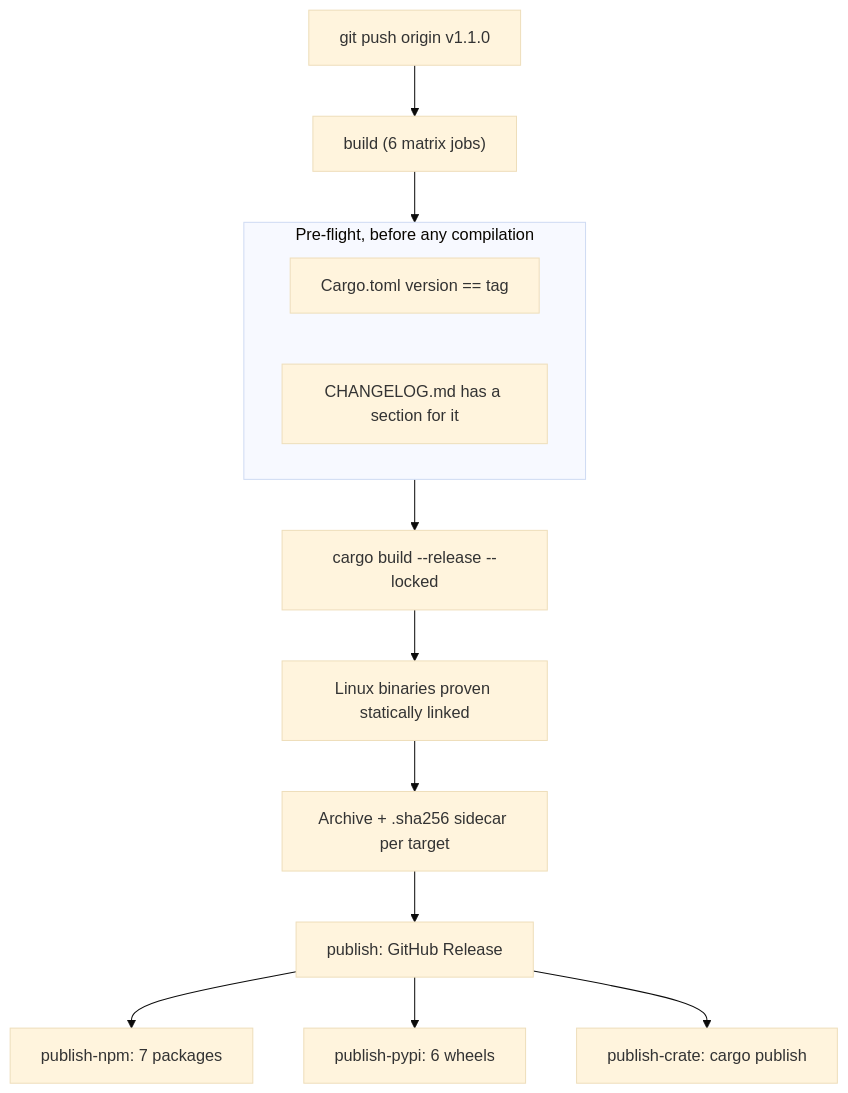
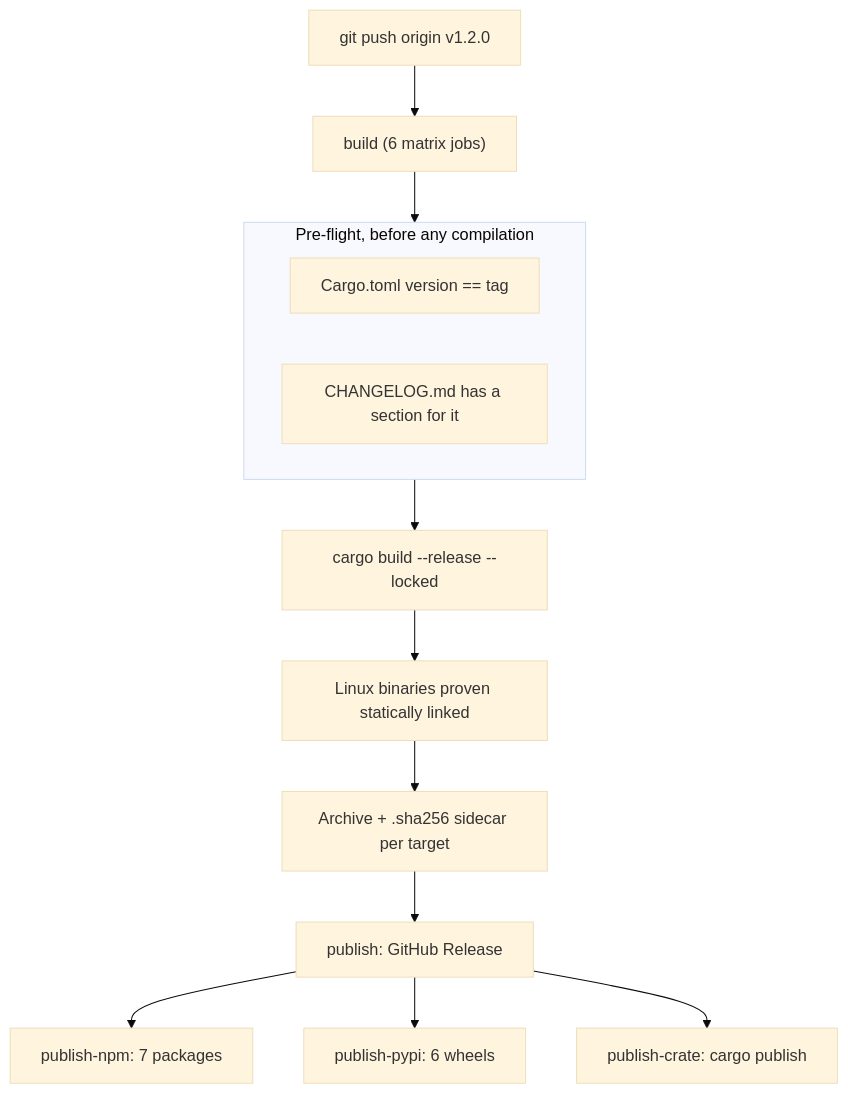
The diagram in docs/RELEASING.md (Life-Experimentalist/dev-prune), drawn with Mermaid (base theme) before and after one commit. The commit also changed other lines of this file and 28 other files, not shown here.

````diff
--- a/docs/RELEASING.md
+++ b/docs/RELEASING.md
@@ -350,19 +356,19 @@
 ```mermaid
 flowchart TD
-    tag["git push origin v1.1.0"] --> build["build (6 matrix jobs)"]
+    tag["git push origin v1.2.0"] --> build["build (6 matrix jobs)"]
 
     subgraph checks["Pre-flight, before any compilation"]
         v1["Cargo.toml version == tag"]
         v2["CHANGELOG.md has a section for it"]
     end
 
     build --> checks
     checks --> compile["cargo build --release --locked"]
     compile --> static["Linux binaries proven statically linked"]
     static --> pack["Archive + .sha256 sidecar per target"]
 
     pack --> publish["publish: GitHub Release"]
     publish --> npm["publish-npm: 7 packages"]
     publish --> pypi["publish-pypi: 6 wheels"]
     publish --> crate["publish-crate: cargo publish"]
 ```
````
